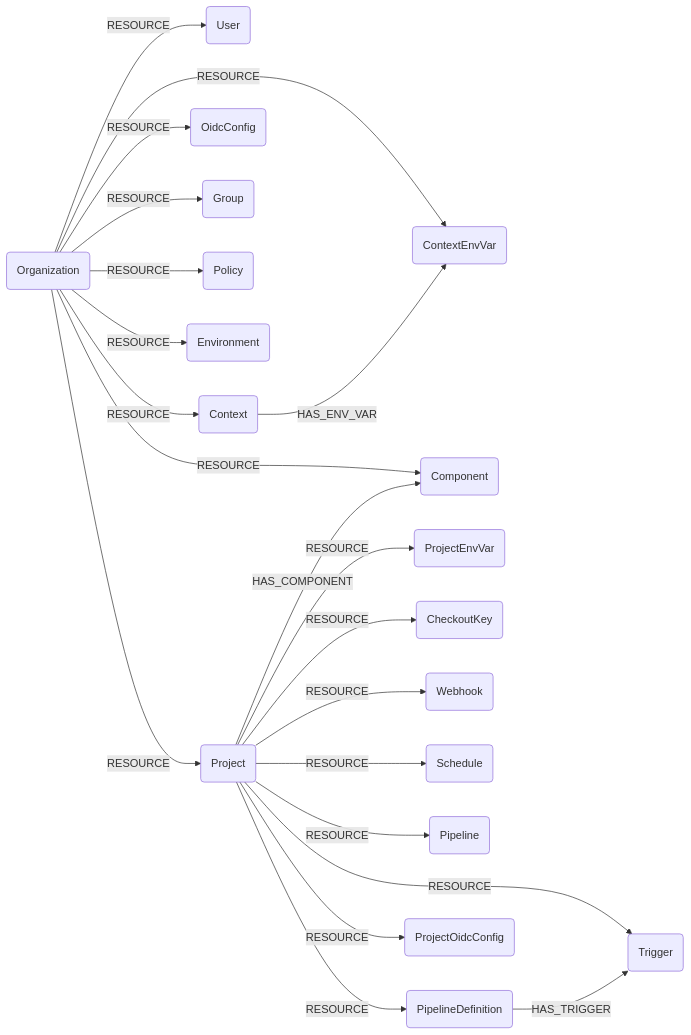
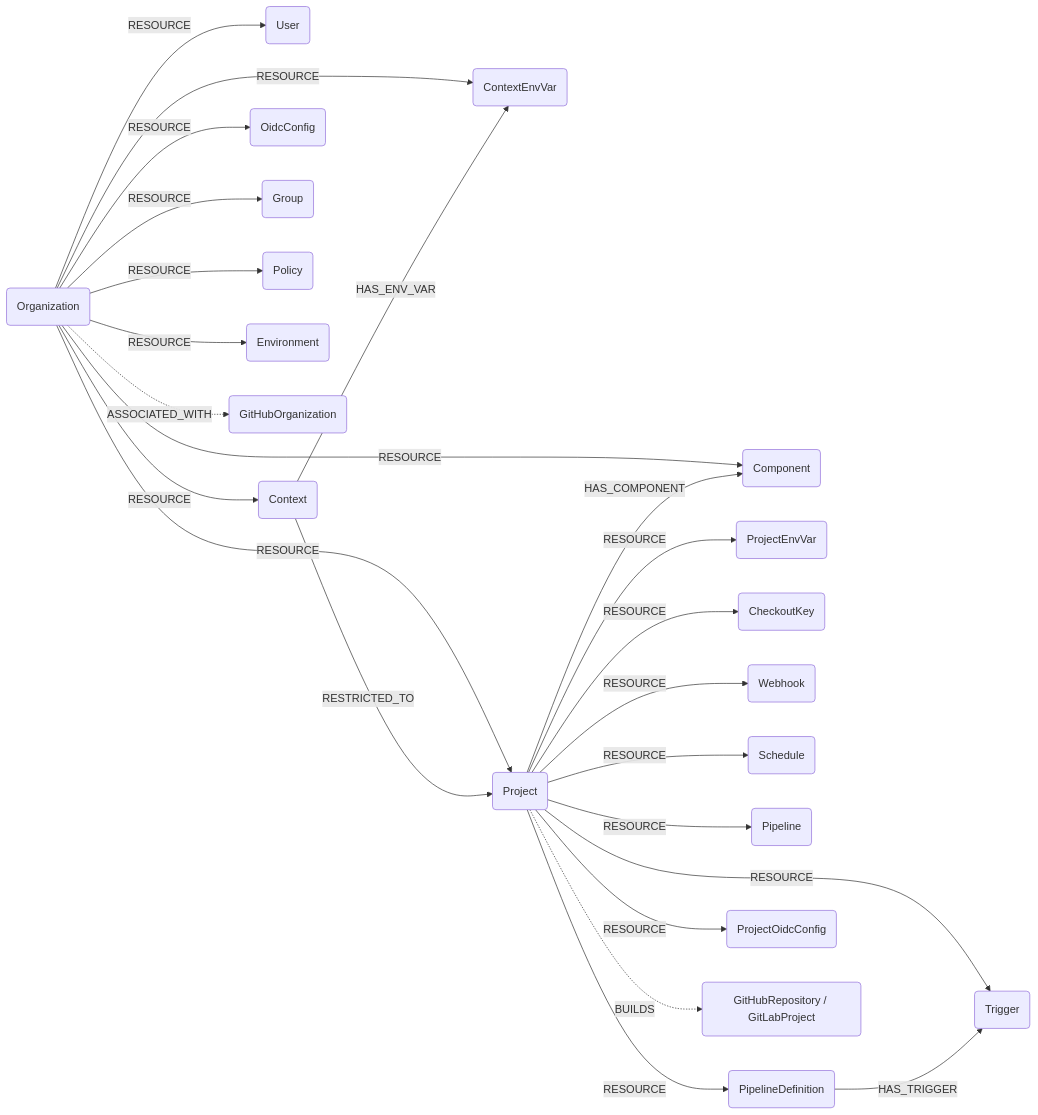
One commit to cartography-cncf/cartography changed the diagram in docs/root/modules/circleci/schema.md. Above: the diagram before and after it, drawn with Mermaid. The commit also changed other lines of this file and 9 other files, not shown here.

````diff
--- a/docs/root/modules/circleci/schema.md
+++ b/docs/root/modules/circleci/schema.md
@@ -3,23 +3,26 @@
 ```mermaid
 graph LR
 O(Organization) -- RESOURCE --> U(User)
 O -- RESOURCE --> C(Context)
 O -- RESOURCE --> CEV(ContextEnvVar)
 C -- HAS_ENV_VAR --> CEV
 O -- RESOURCE --> OIDC(OidcConfig)
 O -- RESOURCE --> G(Group)
 O -- RESOURCE --> POL(Policy)
 O -- RESOURCE --> ENV(Environment)
 O -- RESOURCE --> CMP(Component)
 O -- RESOURCE --> P(Project)
 P -- HAS_COMPONENT --> CMP
 P -- RESOURCE --> PEV(ProjectEnvVar)
 P -- RESOURCE --> CK(CheckoutKey)
 P -- RESOURCE --> W(Webhook)
 P -- RESOURCE --> S(Schedule)
 P -- RESOURCE --> PL(Pipeline)
 P -- RESOURCE --> PD(PipelineDefinition)
 P -- RESOURCE --> TR(Trigger)
 P -- RESOURCE --> POIDC(ProjectOidcConfig)
 PD -- HAS_TRIGGER --> TR
+C -- RESTRICTED_TO --> P
+O -. ASSOCIATED_WITH .-> GHO(GitHubOrganization)
+P -. BUILDS .-> GHR(GitHubRepository / GitLabProject)
 ```
````
